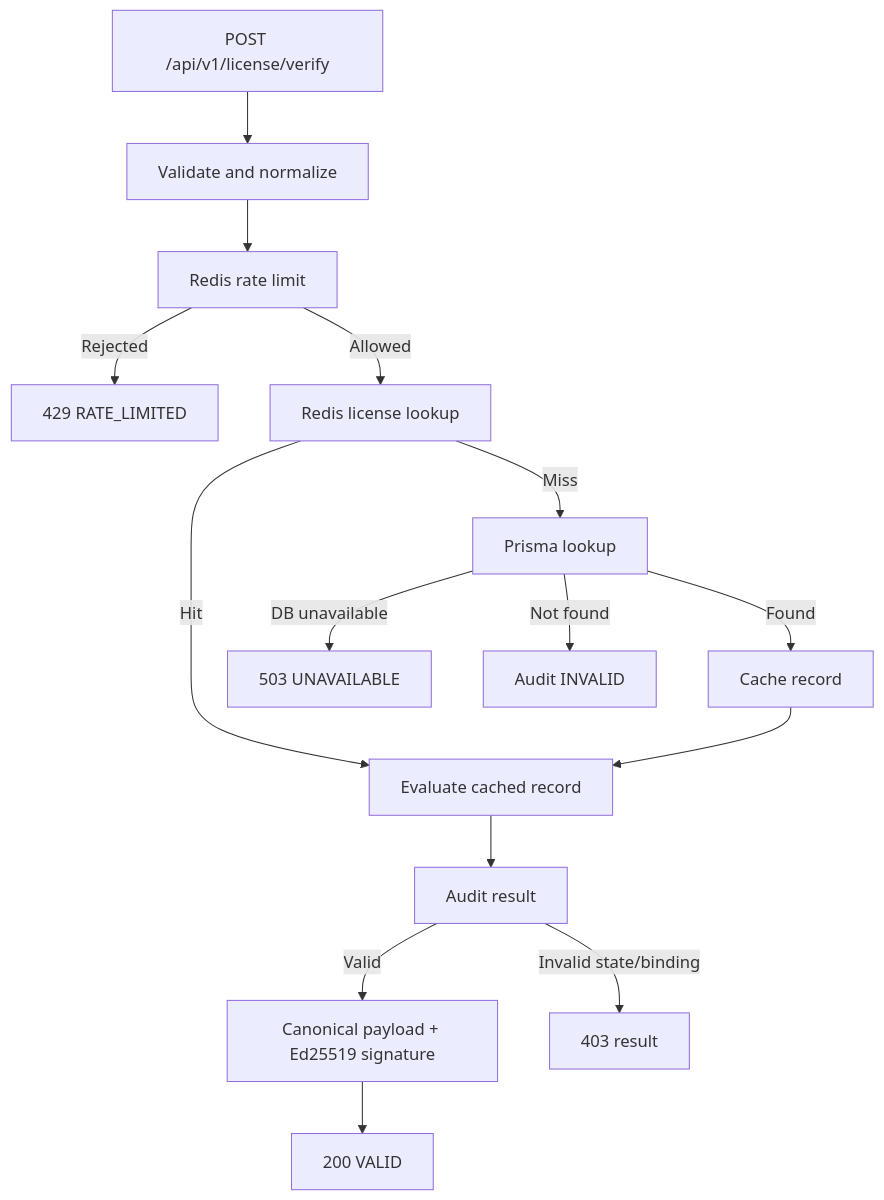
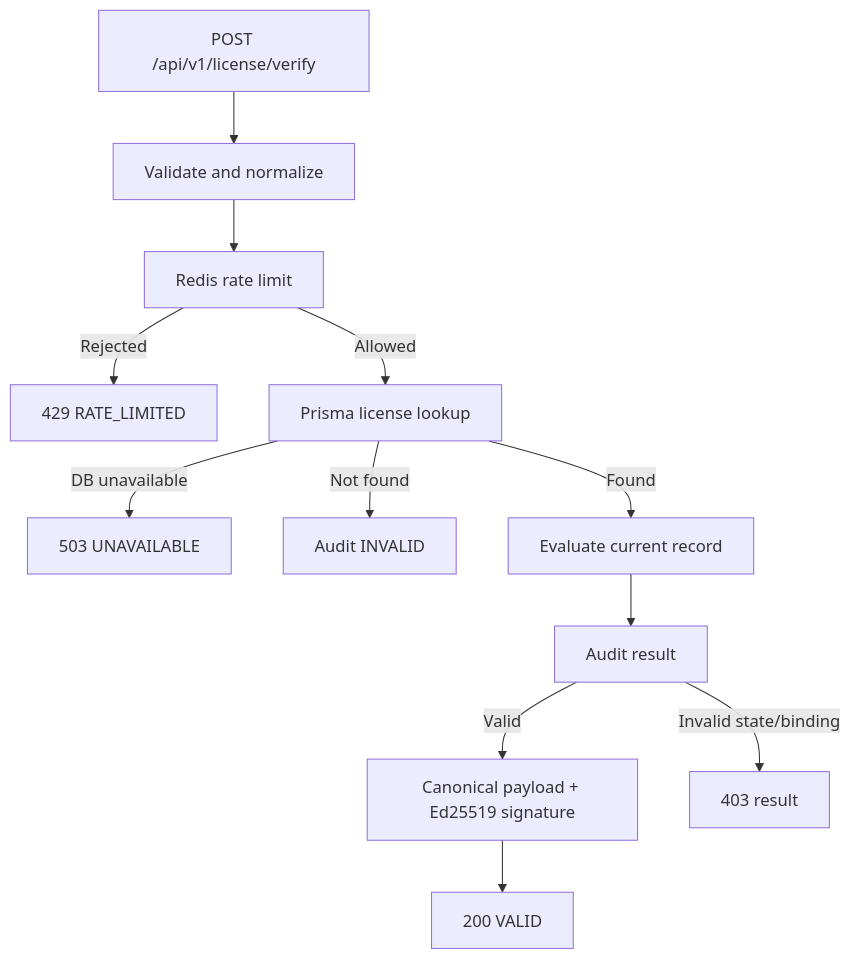
The second of 2 diagrams in docs/TECHNICAL_DESIGN.md (barkahistigozah/Licensing-Engine-for-PHP-Script), drawn with Mermaid before and after one commit. The commit also changed other lines of this file and 106 other files, not shown here.

````diff
--- a/docs/TECHNICAL_DESIGN.md
+++ b/docs/TECHNICAL_DESIGN.md
@@ -247,17 +246,14 @@
 ```mermaid
 flowchart TD
     A["POST /api/v1/license/verify"] --> B["Validate and normalize"]
     B --> C["Redis rate limit"]
     C -->|Rejected| R429["429 RATE_LIMITED"]
-    C -->|Allowed| D["Redis license lookup"]
-    D -->|Hit| E["Evaluate cached record"]
-    D -->|Miss| F["Prisma lookup"]
+    C -->|Allowed| F["Prisma license lookup"]
     F -->|DB unavailable| R503["503 UNAVAILABLE"]
     F -->|Not found| G["Audit INVALID"]
-    F -->|Found| H["Cache record"]
-    H --> E
+    F -->|Found| E["Evaluate current record"]
     E --> I["Audit result"]
     I -->|Valid| J["Canonical payload + Ed25519 signature"]
     I -->|Invalid state/binding| K["403 result"]
     J --> R200["200 VALID"]
 ```
````
